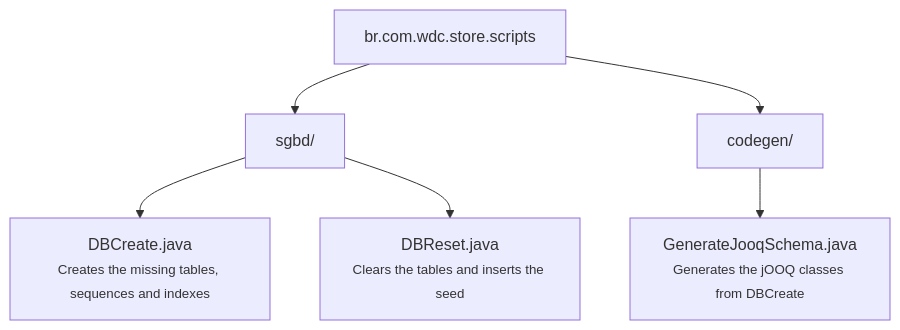
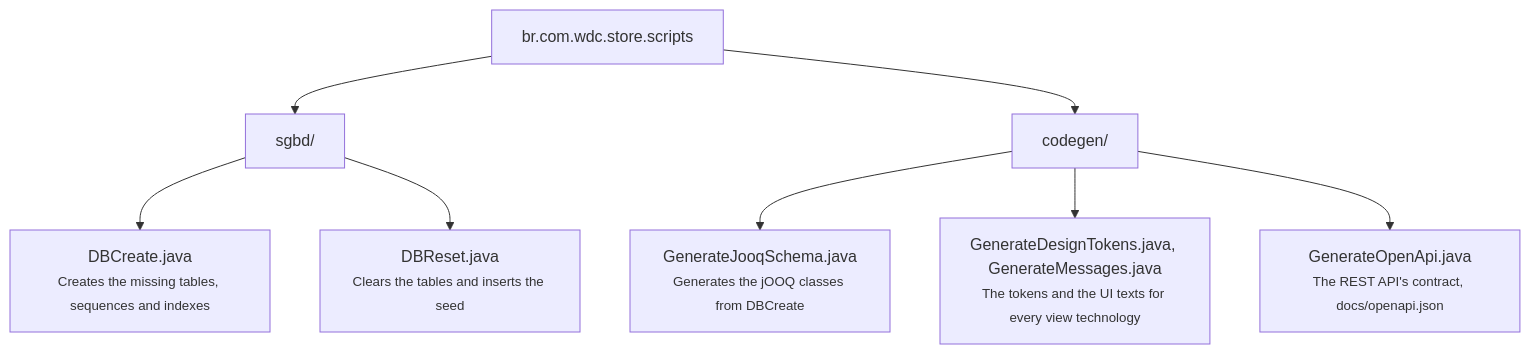
The diagram in fontes/br.com.wdc.store/br.com.wdc.store.scripts/README.md (mrcdom/wdc-cube-java-v2), drawn with Mermaid before and after one commit. The commit also changed other lines of this file and 7 other files, not shown here.

First line of the commit message:
🧪 [TEST] a projected Set collection, and the REST API's contract committed in docs/openapi.json

````diff
--- a/fontes/br.com.wdc.store/br.com.wdc.store.scripts/README.md
+++ b/fontes/br.com.wdc.store/br.com.wdc.store.scripts/README.md
@@ -7,9 +7,11 @@
 ```mermaid
 graph TD
     root["br.com.wdc.store.scripts"]
     root --> sgbd["sgbd/"]
     sgbd --> DBCreate["DBCreate.java<br/><small>Creates the missing tables, sequences and indexes</small>"]
     sgbd --> DBReset["DBReset.java<br/><small>Clears the tables and inserts the seed</small>"]
     root --> codegen["codegen/"]
     codegen --> Gen["GenerateJooqSchema.java<br/><small>Generates the jOOQ classes from DBCreate</small>"]
+    codegen --> GenTokens["GenerateDesignTokens.java, GenerateMessages.java<br/><small>The tokens and the UI texts for every view technology</small>"]
+    codegen --> GenApi["GenerateOpenApi.java<br/><small>The REST API's contract, docs/openapi.json</small>"]
 ```
````
